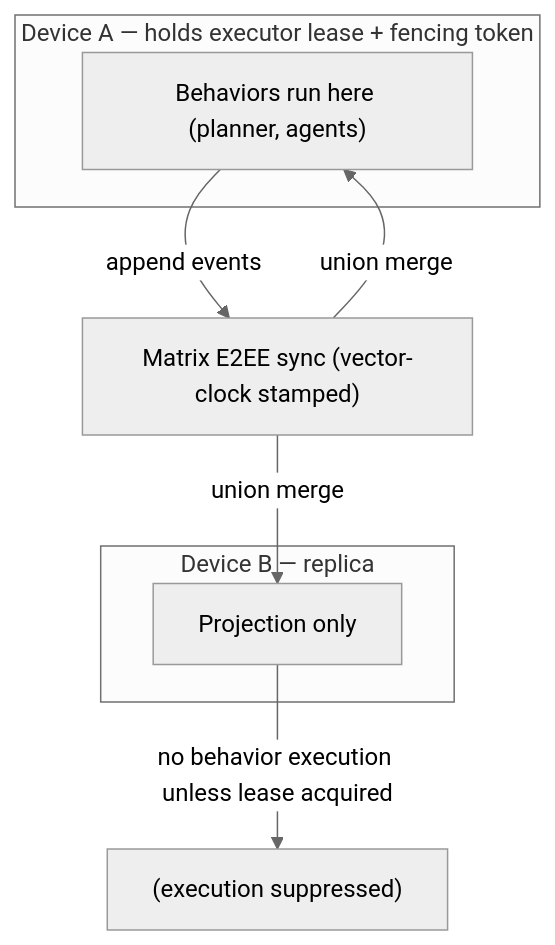
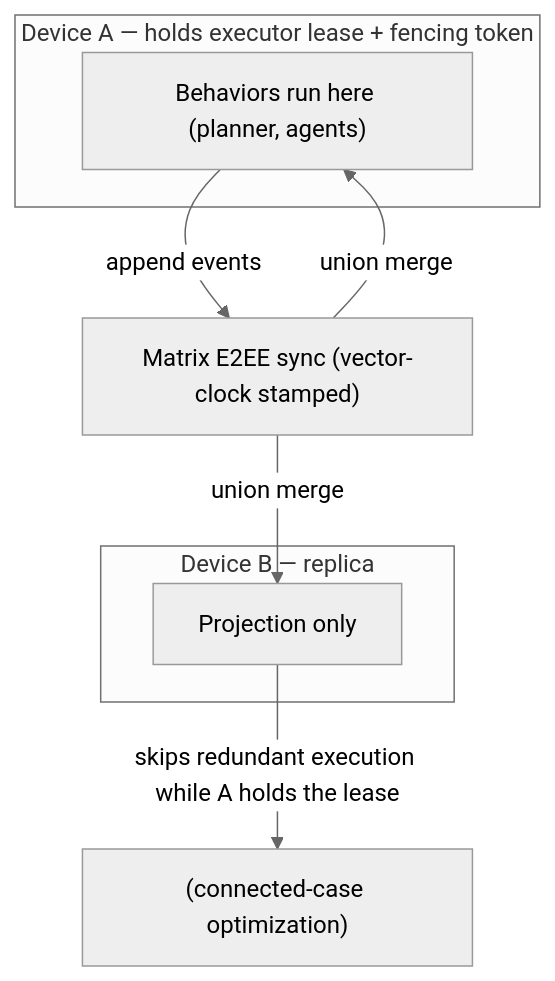
The fifth of 5 diagrams in docs/daily_os_ai_runtime_architecture.md (matthiasn/lotti), drawn with Mermaid (neutral theme) before and after one commit. The commit also changed other lines of this file and 3 other files, not shown here.

````diff
--- a/docs/daily_os_ai_runtime_architecture.md
+++ b/docs/daily_os_ai_runtime_architecture.md
@@ -222,13 +222,13 @@
 ```mermaid
 flowchart TD
   subgraph A["Device A — holds executor lease + fencing token"]
     BA["Behaviors run here (planner, agents)"]
   end
   subgraph B["Device B — replica"]
     PB["Projection only"]
   end
   BA -->|append events| Sync["Matrix E2EE sync (vector-clock stamped)"]
   Sync -->|union merge| PB
   Sync -->|union merge| BA
-  PB -->|"no behavior execution unless lease acquired"| Suppressed["(execution suppressed)"]
+  PB -->|"skips redundant execution while A holds the lease"| Suppressed["(connected-case optimization)"]
 ```
````
